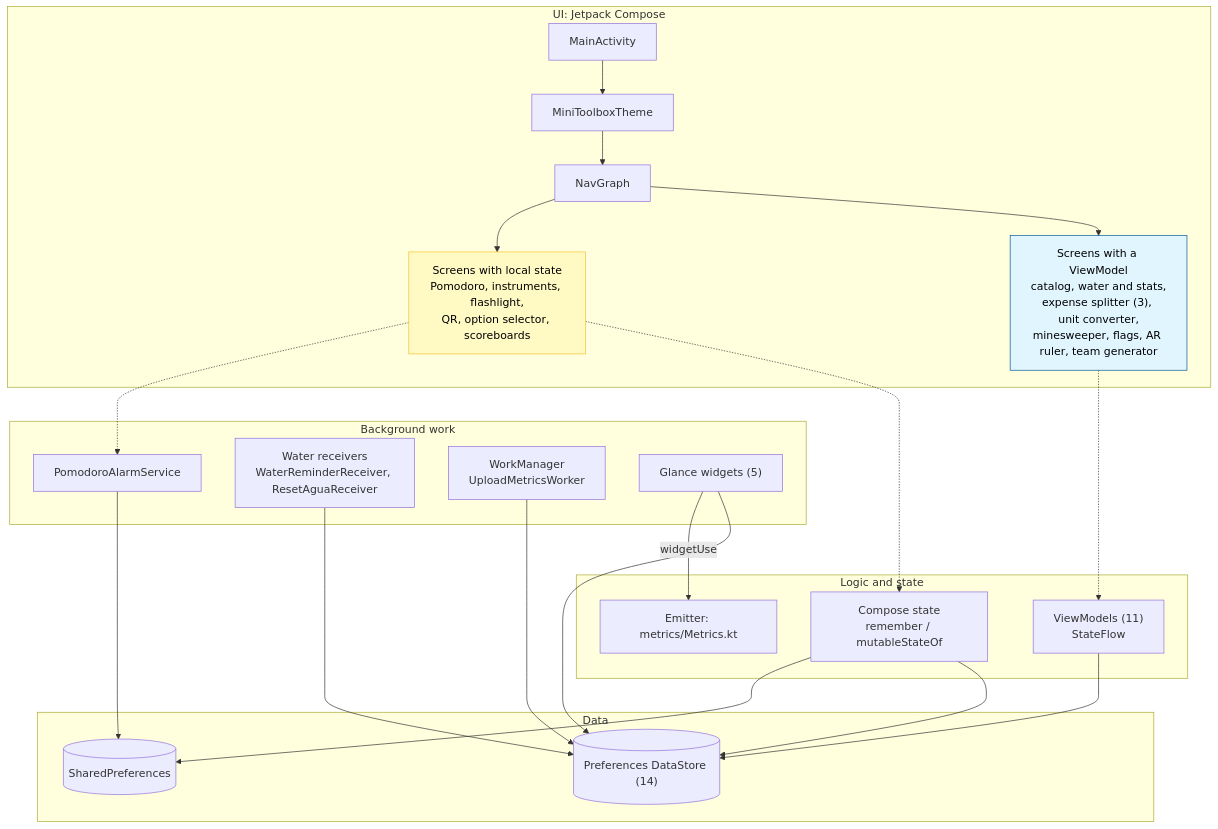
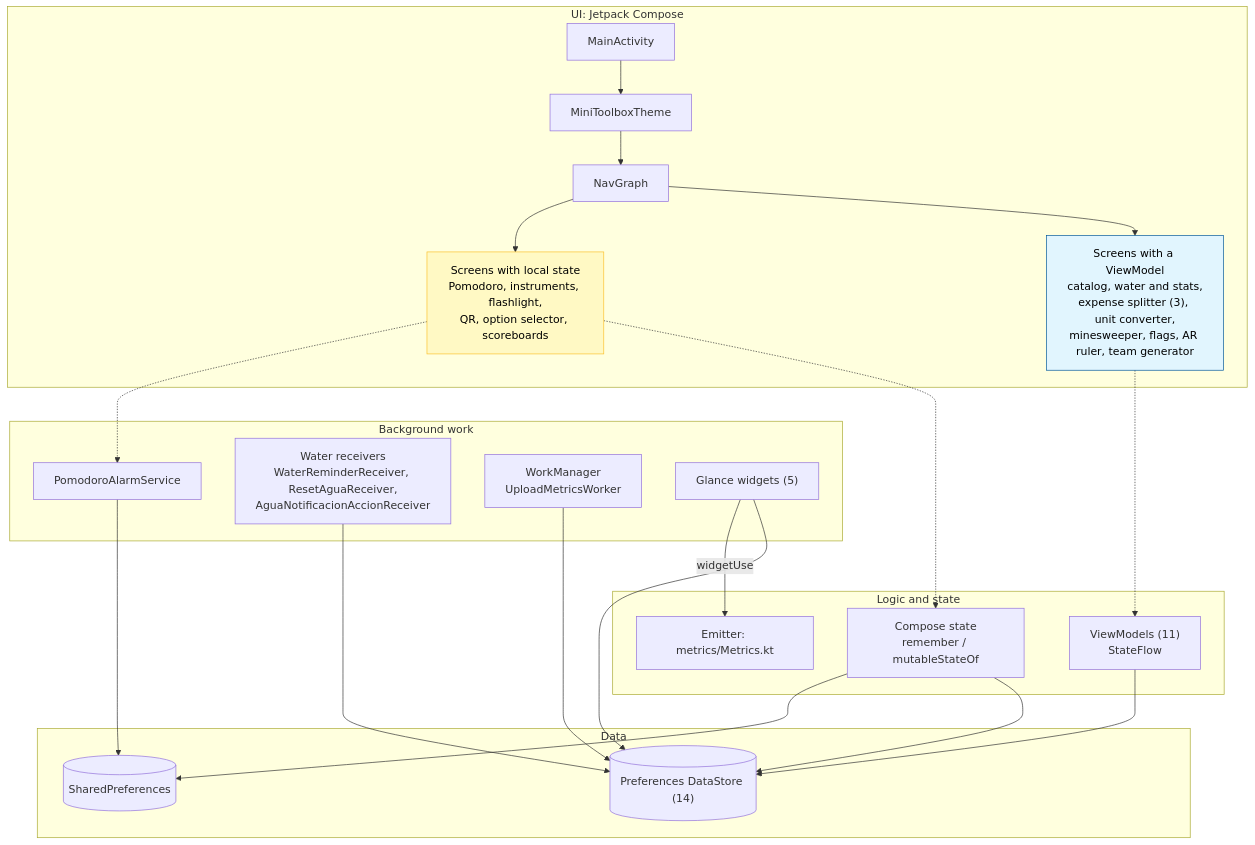
Before and after one commit to JoaquinSasso/MiniToolbox: the first of 4 diagrams in docs/architecture.en.md, drawn with Mermaid. The commit also changed 35 other files, not shown here.

````diff
--- a/docs/architecture.en.md
+++ b/docs/architecture.en.md
@@ -22,41 +22,41 @@
 ```mermaid
 flowchart TD
     subgraph UI [UI: Jetpack Compose]
         MA[MainActivity] --> MT[MiniToolboxTheme]
         MT --> NG[NavGraph]
         NG --> VMS["Screens with a ViewModel<br/>catalog, water and stats,<br/>expense splitter (3), unit converter,<br/>minesweeper, flags, AR ruler, team generator"]
         NG --> LSS["Screens with local state<br/>Pomodoro, instruments, flashlight,<br/>QR, option selector, scoreboards"]
         style VMS fill:#e1f5fe,stroke:#01579b,color:#000
         style LSS fill:#fff9c4,stroke:#fbc02d,color:#000
     end
 
     subgraph Logic [Logic and state]
         VM["ViewModels (11)<br/>StateFlow"]
         CS["Compose state<br/>remember / mutableStateOf"]
         MET["Emitter: metrics/Metrics.kt"]
     end
 
     subgraph Background [Background work]
         PAS[PomodoroAlarmService]
-        AR["Water receivers<br/>WaterReminderReceiver, ResetAguaReceiver"]
+        AR["Water receivers<br/>WaterReminderReceiver, ResetAguaReceiver,<br/>AguaNotificacionAccionReceiver"]
         WM["WorkManager<br/>UploadMetricsWorker"]
         GW["Glance widgets (5)"]
     end
 
     subgraph Data [Data]
         DS[("Preferences DataStore (14)")]
         SP[("SharedPreferences")]
     end
 
     VMS -.-> VM
     LSS -.-> CS
     VM --> DS
     CS --> DS
     CS --> SP
     LSS -.-> PAS
     PAS --> SP
     AR --> DS
     WM --> DS
     GW --> DS
     GW -->|widgetUse| MET
 ```
````
